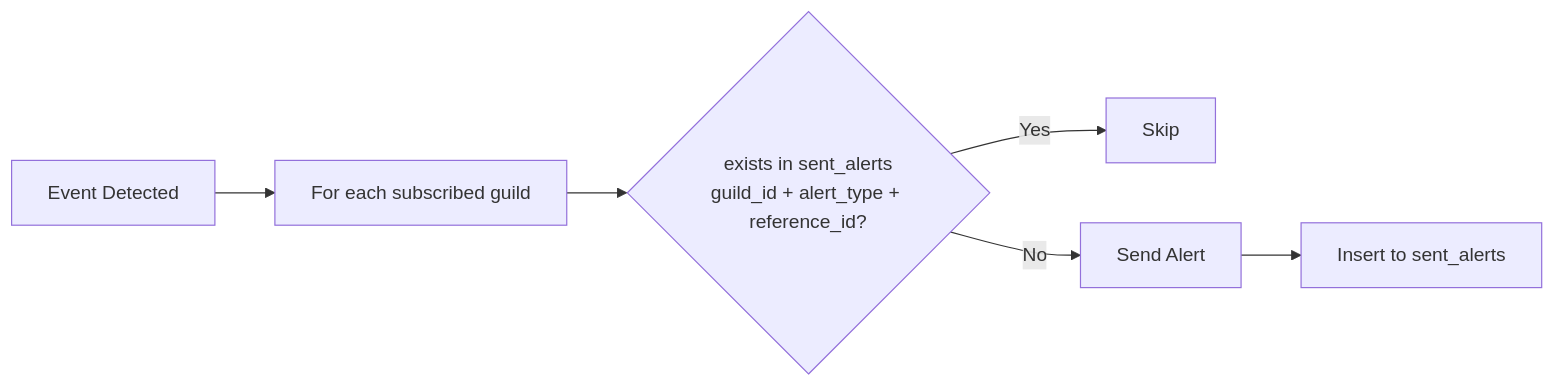
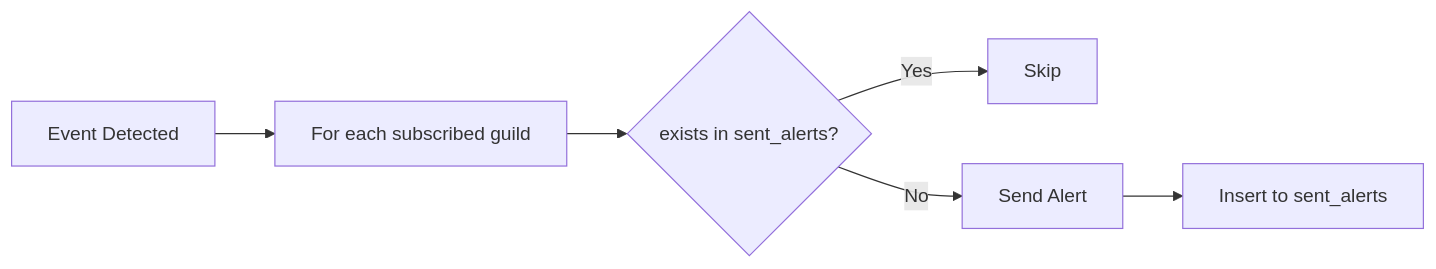
Before and after one commit to Hebububu/VRCPulse: the second of 2 diagrams in docs/system/data-collector.md, drawn with Mermaid. The commit also changed other lines of this file and 12 other files, not shown here.

````diff
--- a/docs/system/data-collector.md
+++ b/docs/system/data-collector.md
@@ -379,8 +205,8 @@
 ```mermaid
 flowchart LR
     E[Event Detected] --> G[For each subscribed guild]
-    G --> C{exists in sent_alerts<br/>guild_id + alert_type + reference_id?}
+    G --> C{exists in sent_alerts?}
     C -->|Yes| S[Skip]
     C -->|No| A[Send Alert]
     A --> I[Insert to sent_alerts]
 ```
````
